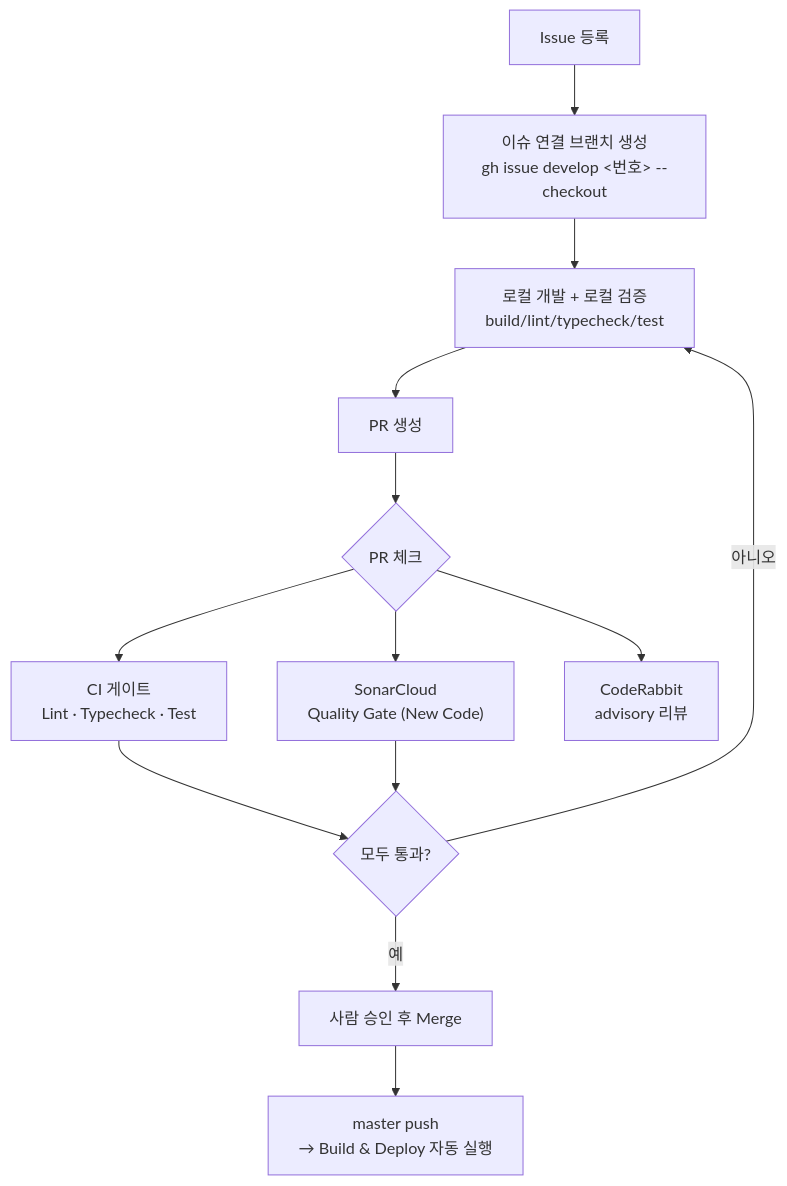
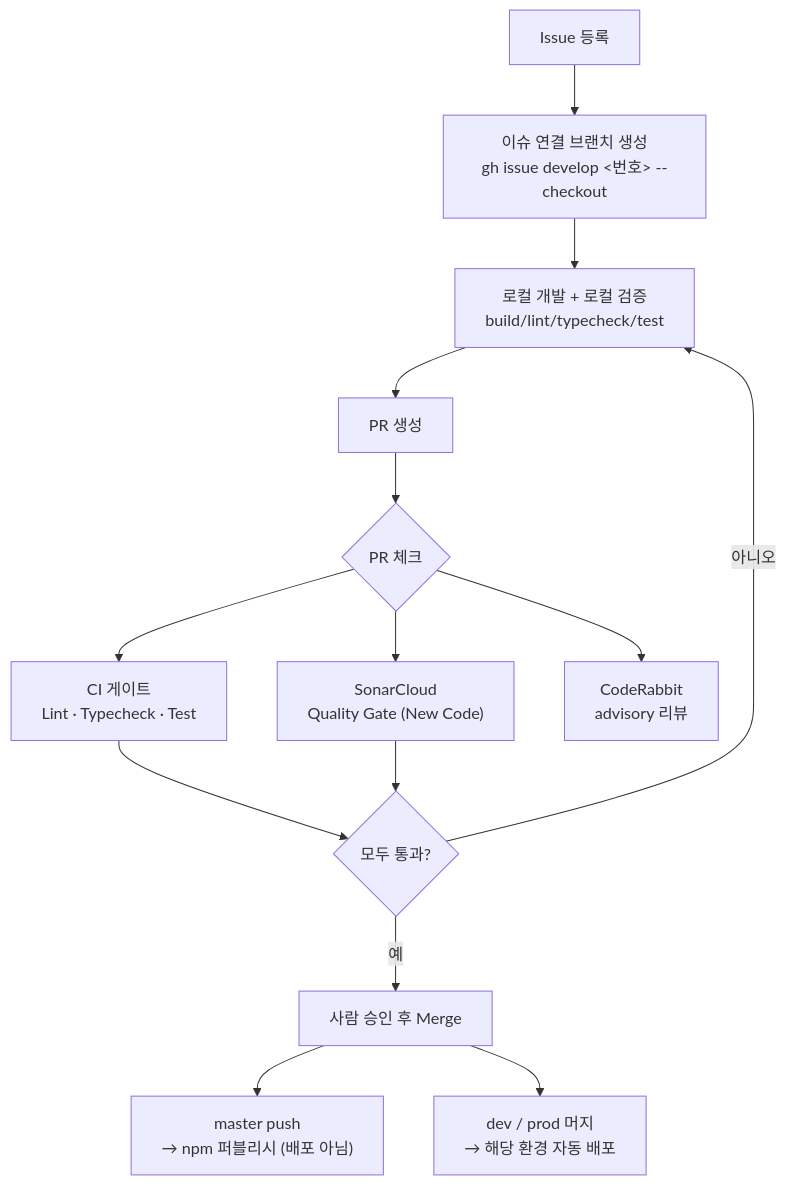
Before and after one commit to cartoonpoet/ERDify: the first of 2 diagrams in CONTRIBUTING.md, drawn with Mermaid. The commit also changed other lines of this file and 16 other files, not shown here.

````diff
--- a/CONTRIBUTING.md
+++ b/CONTRIBUTING.md
@@ -7,15 +7,16 @@
 ```mermaid
 flowchart TD
     A[Issue 등록] --> B["이슈 연결 브랜치 생성<br/>gh issue develop &lt;번호&gt; --checkout"]
     B --> C[로컬 개발 + 로컬 검증<br/>build/lint/typecheck/test]
     C --> D[PR 생성]
     D --> E{PR 체크}
     E --> F["CI 게이트<br/>Lint · Typecheck · Test"]
     E --> G["SonarCloud<br/>Quality Gate (New Code)"]
     E --> H["CodeRabbit<br/>advisory 리뷰"]
     F --> I{모두 통과?}
     G --> I
     I -- "아니오" --> C
     I -- "예" --> J[사람 승인 후 Merge]
-    J --> K["master push<br/>→ Build & Deploy 자동 실행"]
+    J --> K["master push<br/>→ npm 퍼블리시 (배포 아님)"]
+    J --> L["dev / prod 머지<br/>→ 해당 환경 자동 배포"]
 ```
````
